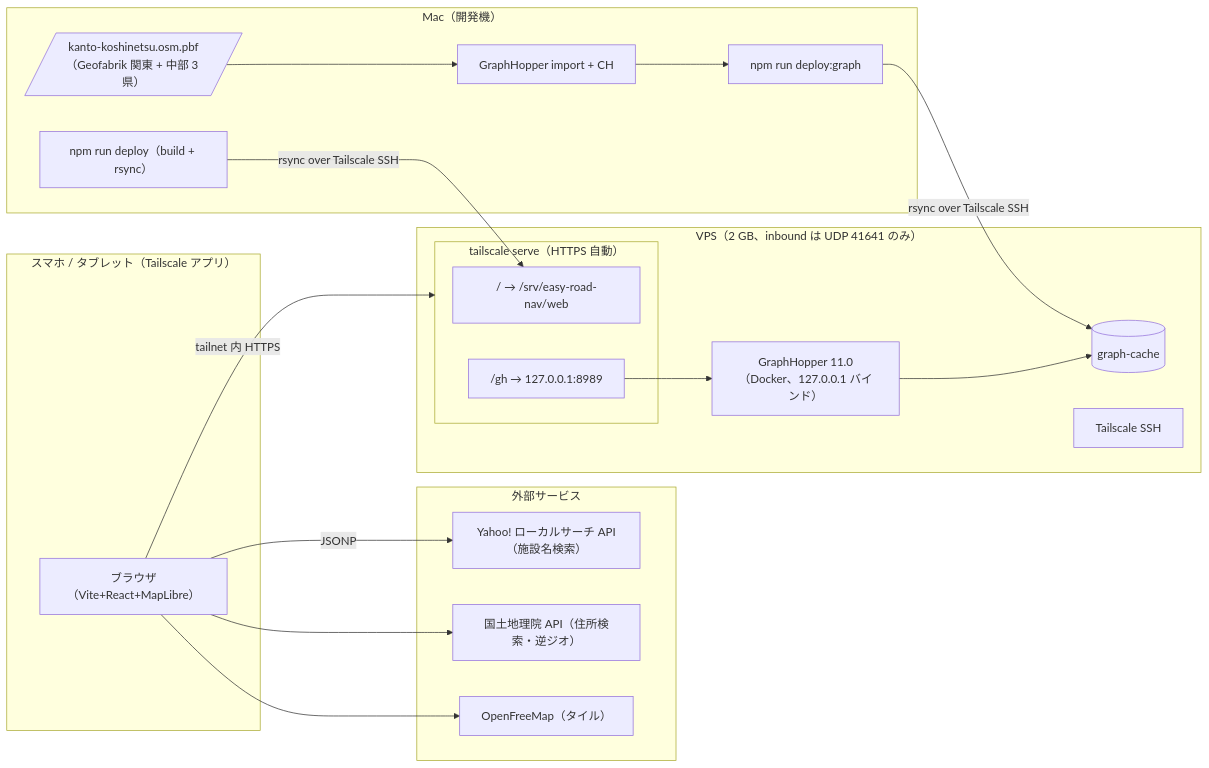
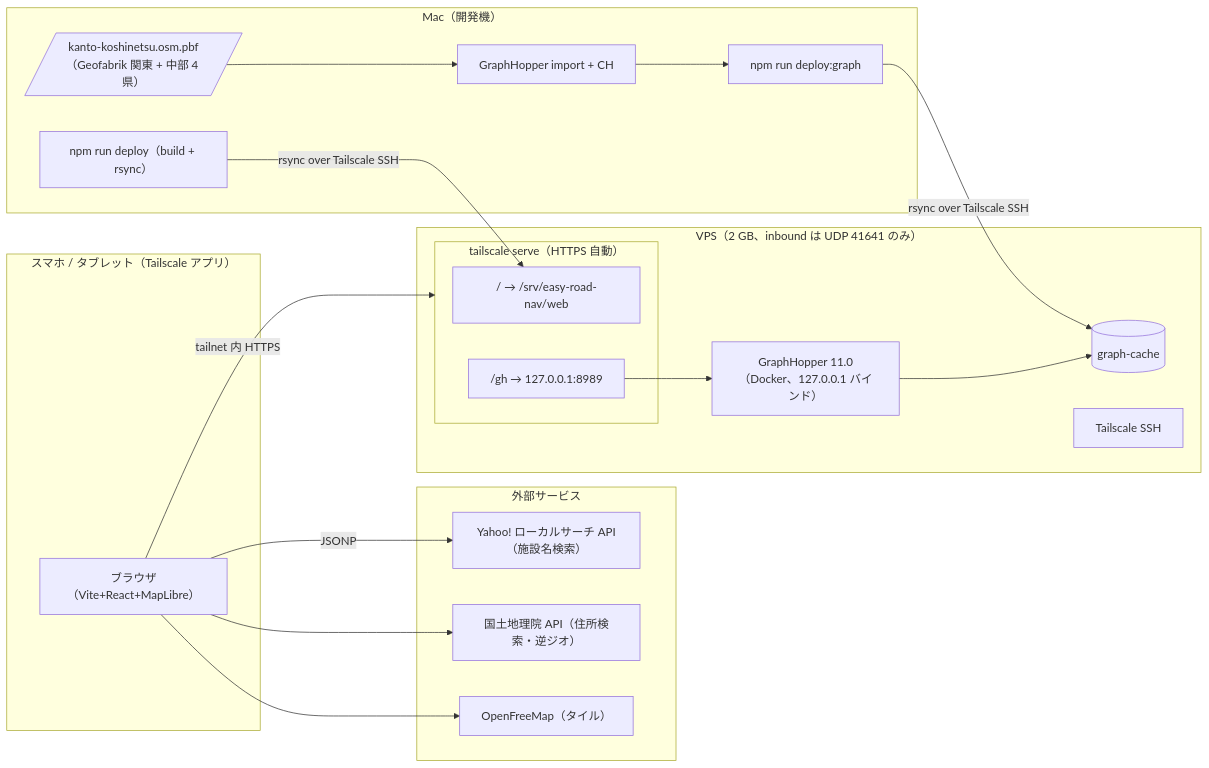
One commit to KyoheiTashiro/easy-road-nav changed the diagram in docs/requirements/infrastructure.md. Above: the diagram before and after it, drawn with Mermaid. The commit also changed other lines of this file and 9 other files, not shown here.

First line of the commit message:
静岡県を地図データに追加し、設定画面に対応地域を表示

````diff
--- a/docs/requirements/infrastructure.md
+++ b/docs/requirements/infrastructure.md
@@ -14,38 +14,38 @@
 ```mermaid
 flowchart LR
     subgraph CLIENT["スマホ / タブレット（Tailscale アプリ）"]
         BR["ブラウザ（Vite+React+MapLibre）"]
     end
 
     subgraph EXT["外部サービス"]
         OFM["OpenFreeMap（タイル）"]
         GSI["国土地理院 API（住所検索・逆ジオ）"]
         YJ["Yahoo! ローカルサーチ API（施設名検索）"]
     end
 
     subgraph VPS["VPS（2 GB、inbound は UDP 41641 のみ）"]
         subgraph TS["tailscale serve（HTTPS 自動）"]
             FS["/ → /srv/easy-road-nav/web"]
             RP["/gh → 127.0.0.1:8989"]
         end
         GH["GraphHopper 11.0（Docker、127.0.0.1 バインド）"]
         CACHE[("graph-cache")]
         SSH["Tailscale SSH"]
     end
 
     subgraph MAC["Mac（開発機）"]
-        PBF[/"kanto-koshinetsu.osm.pbf（Geofabrik 関東 + 中部 3 県）"/]
+        PBF[/"kanto-koshinetsu.osm.pbf（Geofabrik 関東 + 中部 4 県）"/]
         IMP["GraphHopper import + CH"]
         DEP["npm run deploy（build + rsync）"]
         DEPG["npm run deploy:graph"]
     end
 
     BR --> OFM
     BR --> GSI
     BR -->|JSONP| YJ
     BR -->|tailnet 内 HTTPS| TS
     RP --> GH --> CACHE
 
     DEP -->|rsync over Tailscale SSH| FS
     PBF --> IMP --> DEPG -->|rsync over Tailscale SSH| CACHE
 ```
````
